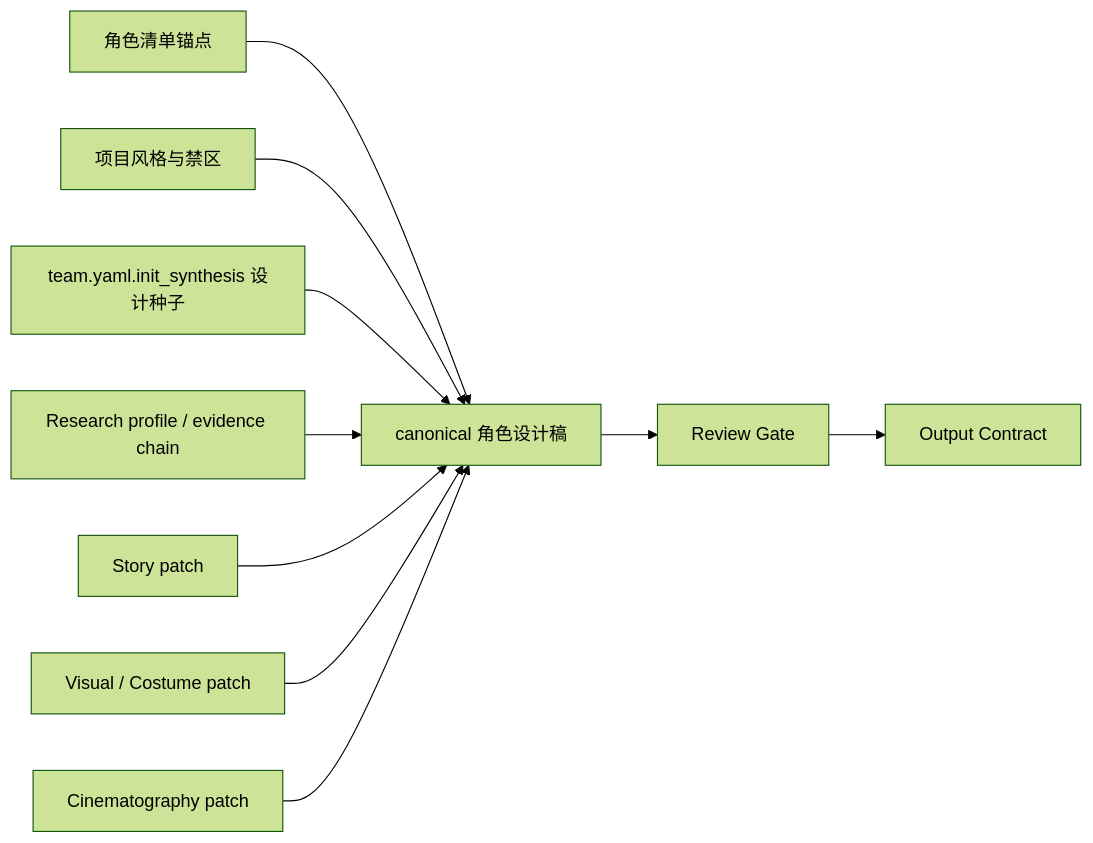
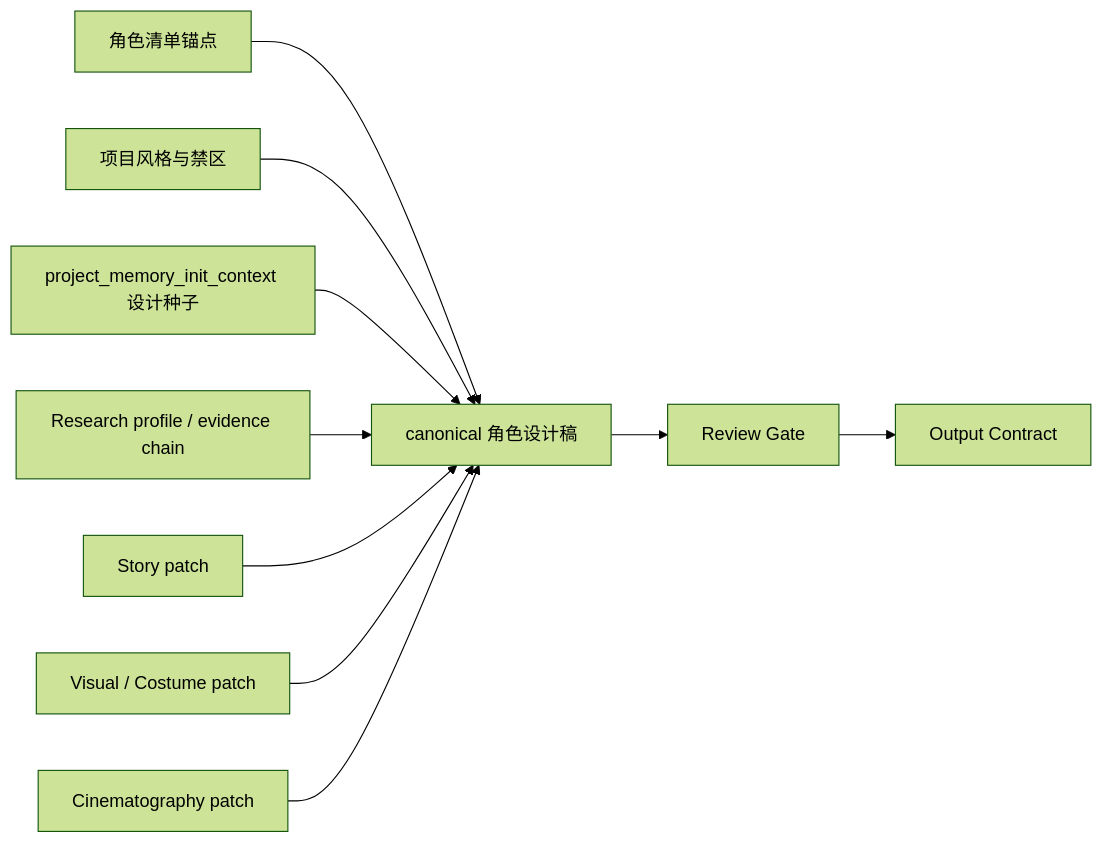
One commit to ZEN-VOID/AI-CUT changed the second of 3 diagrams in .agents/skills/aigc/3-主体/角色/2-设计/SKILL.md. Above: the diagram before and after it, drawn with Mermaid (forest theme). The commit also changed other lines of this file and 439 other files, not shown here.

````diff
--- a/.agents/skills/aigc/3-主体/角色/2-设计/SKILL.md
+++ b/.agents/skills/aigc/3-主体/角色/2-设计/SKILL.md
@@ -302,12 +317,12 @@
 ```mermaid
 flowchart LR
     A["角色清单锚点"] --> D["canonical 角色设计稿"]
     B["项目风格与禁区"] --> D
-    C["team.yaml.init_synthesis 设计种子"] --> D
+    C["project_memory_init_context 设计种子"] --> D
     E["Research profile / evidence chain"] --> D
     F["Story patch"] --> D
     G["Visual / Costume patch"] --> D
     H["Cinematography patch"] --> D
     D --> I["Review Gate"]
     I --> J["Output Contract"]
 ```
````
